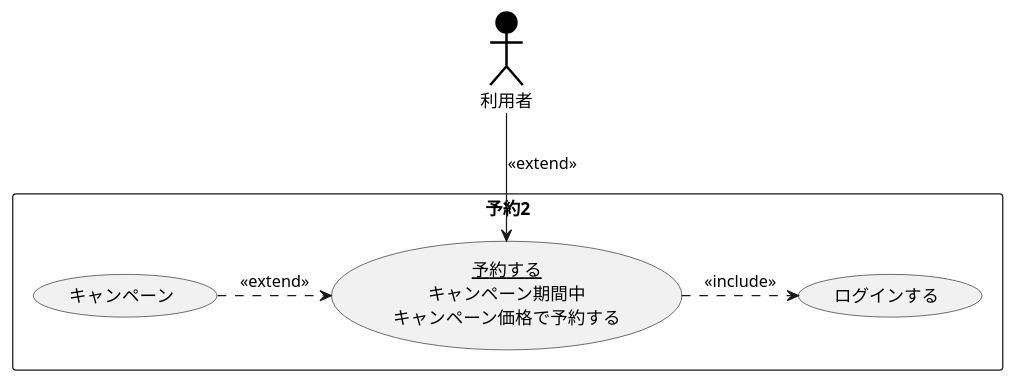
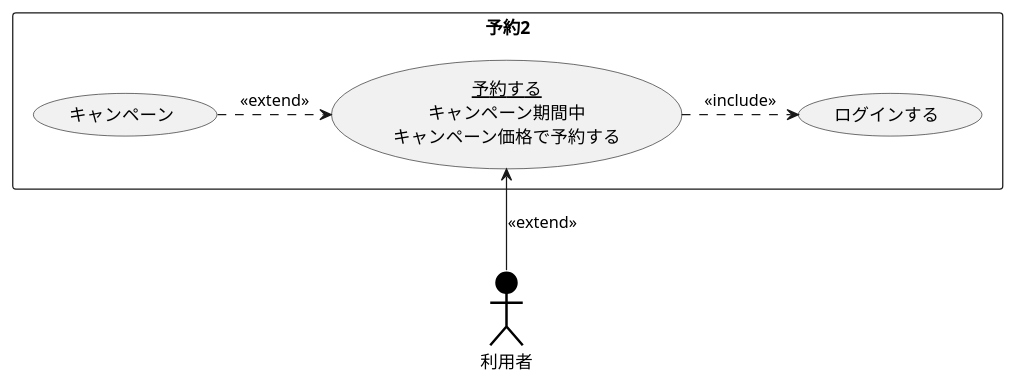
The diagram in 演習2-4_キャンペーン中のホテル宿泊予約.pu (kou-hei/uml-introduction), drawn with PlantUML before and after one commit. The commit also changed 1 other file, not shown here.

```diff
--- a/演習2-4_キャンペーン中のホテル宿泊予約.pu
+++ b/演習2-4_キャンペーン中のホテル宿泊予約.pu
@@ -1,12 +1,12 @@
 @startuml ユースケース図
 
 actor 利用者 #000000;line:Black;line.bold;
 rectangle 予約2 {
 usecase ログインする
 usecase (<u>予約する</u>\nキャンペーン期間中\nキャンペーン価格で予約する) as input
 usecase キャンペーン as K
 }
 K .> input :<<extend>>
-利用者 --> input :<<extend>>
+利用者 -u-> input :<<extend>>
 input .> (ログインする) : <<include>>
 @enduml
```
